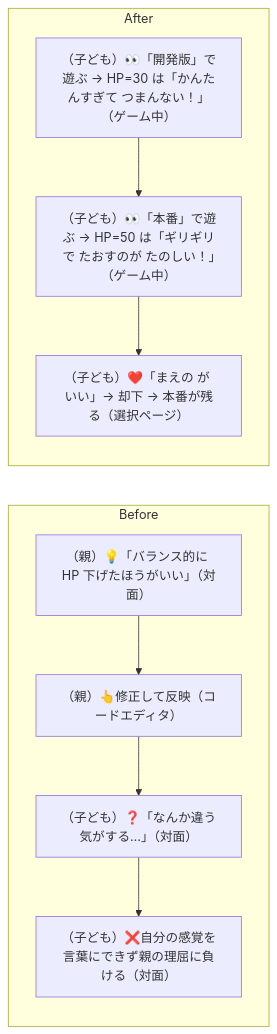
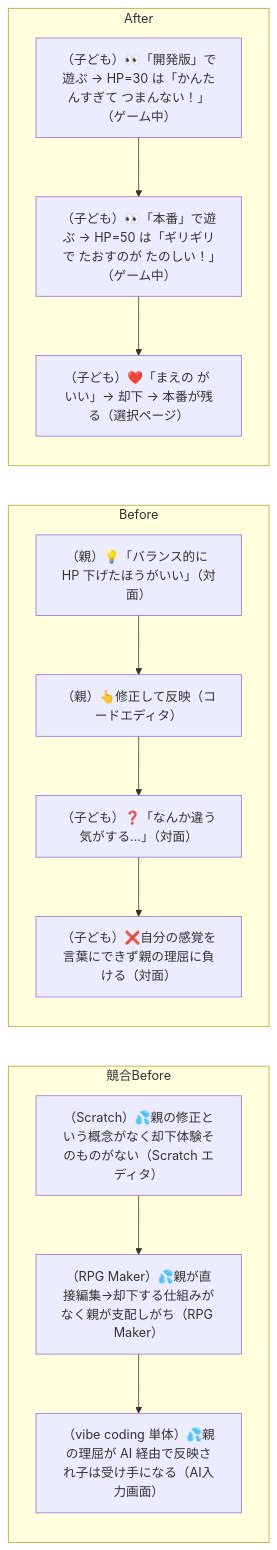
One commit to tatsuro-ueda/code-quest-pyxel changed diagram 31 of 42 in docs/customer-journeys.md. Above: the diagram before and after it, drawn with Mermaid. The commit also changed other lines of this file, not shown here.

````diff
--- a/docs/customer-journeys.md
+++ b/docs/customer-journeys.md
@@ -940,14 +947,19 @@
 ```mermaid
 flowchart LR
+    subgraph Competitor["競合Before"]
+        C1[（Scratch）💦親の修正という概念がなく却下体験そのものがない（Scratch エディタ）]
+        C1 --> C2[（RPG Maker）💦親が直接編集→却下する仕組みがなく親が支配しがち（RPG Maker）]
+        C2 --> C3[（vibe coding 単体）💦親の理屈が AI 経由で反映され子は受け手になる（AI入力画面）]
+    end
     subgraph Before["Before"]
         B1[（親）💡「バランス的に HP 下げたほうがいい」（対面）]
         B1 --> B2[（親）👆修正して反映（コードエディタ）]
         B2 --> B3[（子ども）❓「なんか違う気がする…」（対面）]
         B3 --> B4[（子ども）❌自分の感覚を言葉にできず親の理屈に負ける（対面）]
     end
     subgraph After["After"]
         A1[（子ども）👀「開発版」で遊ぶ → HP=30 は「かんたんすぎて つまんない！」（ゲーム中）]
         A1 --> A2[（子ども）👀「本番」で遊ぶ → HP=50 は「ギリギリで たおすのが たのしい！」（ゲーム中）]
         A2 --> A3[（子ども）❤️「まえの が いい」→ 却下 → 本番が残る（選択ページ）]
     end
 ```
````
